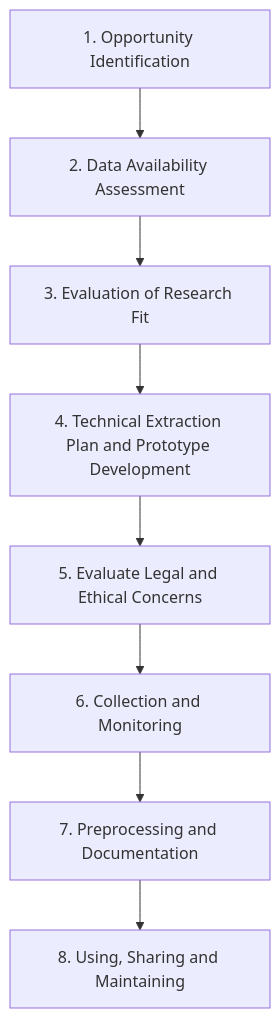
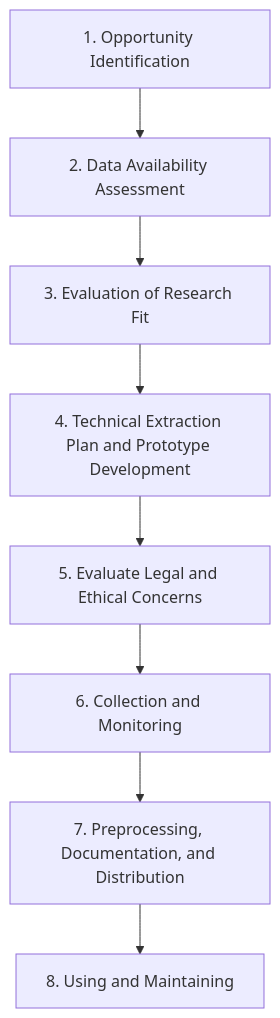
The diagram in content/docs/tutorials/workflow/_index.md (hannesdatta/course-odcm), drawn with Mermaid before and after one commit. The commit also changed 9 other files, not shown here.

```diff
--- a/content/docs/tutorials/workflow/_index.md
+++ b/content/docs/tutorials/workflow/_index.md
@@ -21,13 +21,13 @@
 {{< mermaid class="text-left">}}
 
 graph TD
     A[1. Opportunity Identification] --> B
     B[2. Data Availability Assessment] --> C
     C[3. Evaluation of Research Fit] --> D
     D[4. Technical Extraction Plan and Prototype Development] --> E
     E[5. Evaluate Legal and Ethical Concerns] --> F
     F[6. Collection and Monitoring] --> G
-    G[7. Preprocessing and Documentation] --> H
-    H[8. Using, Sharing and Maintaining]
+    G[7. Preprocessing, Documentation, and Distribution] --> H
+    H[8. Using and Maintaining]
 
 {{< /mermaid>}}
```
